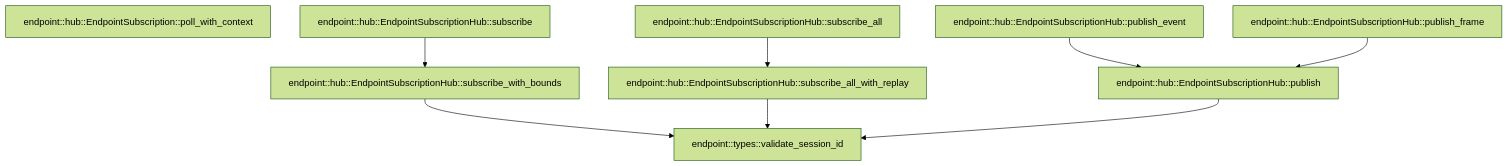
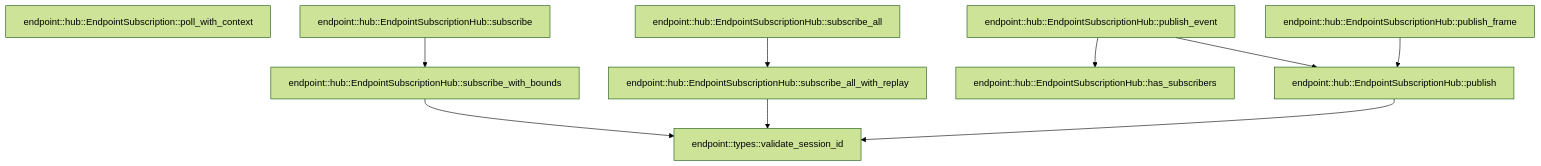
The second of 2 diagrams in crates/endpoint/docs/generated/src--hub.md (TekesApps/TekesKernel), drawn with Mermaid (forest theme) before and after one commit. The commit also changed other lines of this file and 125 other files, not shown here.

````diff
--- a/crates/endpoint/docs/generated/src--hub.md
+++ b/crates/endpoint/docs/generated/src--hub.md
@@ -129,19 +130,21 @@
 ```mermaid
 flowchart TD
   n0["endpoint::hub::EndpointSubscription::poll_with_context"]
   n1["endpoint::hub::EndpointSubscriptionHub::subscribe"]
   n2["endpoint::hub::EndpointSubscriptionHub::subscribe_with_bounds"]
   n3["endpoint::hub::EndpointSubscriptionHub::subscribe_all"]
   n4["endpoint::hub::EndpointSubscriptionHub::subscribe_all_with_replay"]
   n5["endpoint::hub::EndpointSubscriptionHub::publish_event"]
-  n6["endpoint::hub::EndpointSubscriptionHub::publish_frame"]
-  n7["endpoint::hub::EndpointSubscriptionHub::publish"]
-  n8["endpoint::types::validate_session_id"]
+  n6["endpoint::hub::EndpointSubscriptionHub::has_subscribers"]
+  n7["endpoint::hub::EndpointSubscriptionHub::publish_frame"]
+  n8["endpoint::hub::EndpointSubscriptionHub::publish"]
+  n9["endpoint::types::validate_session_id"]
   n1 --> n2
-  n2 --> n8
+  n2 --> n9
   n3 --> n4
-  n4 --> n8
-  n5 --> n7
-  n6 --> n7
+  n4 --> n9
+  n5 --> n6
+  n5 --> n8
   n7 --> n8
+  n8 --> n9
 ```
````
